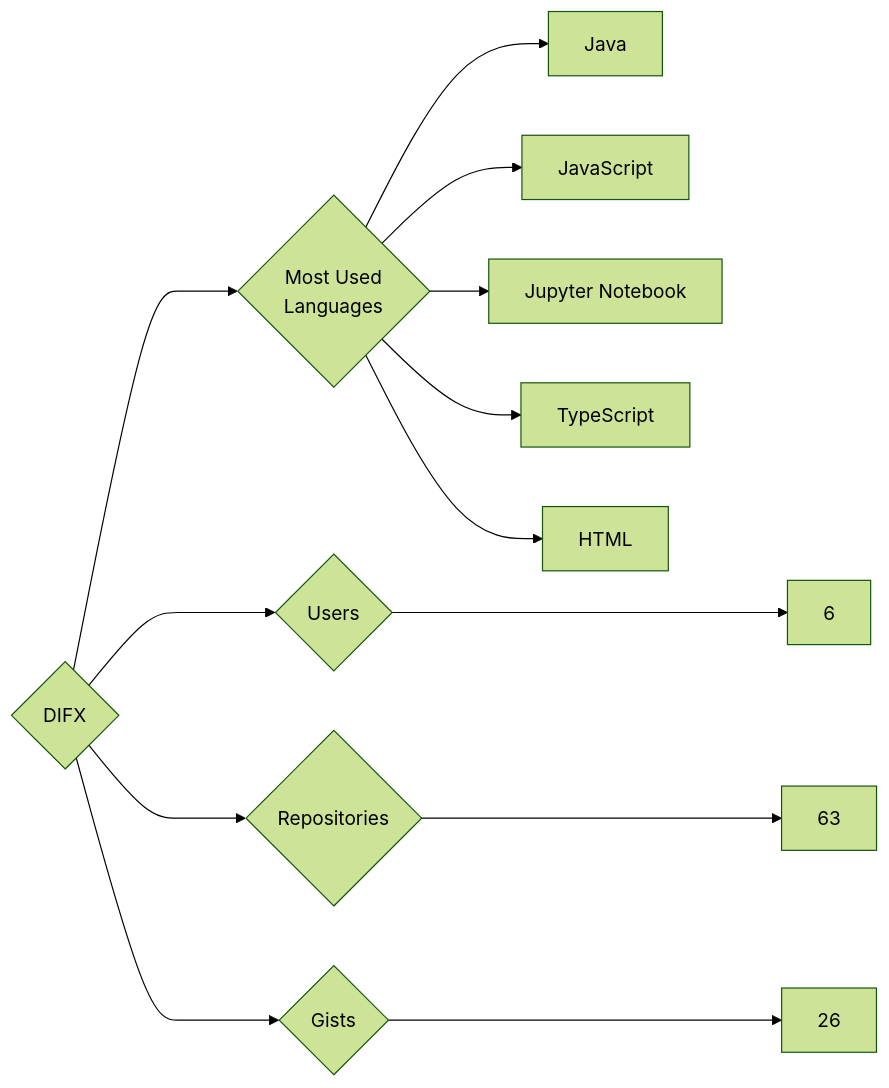
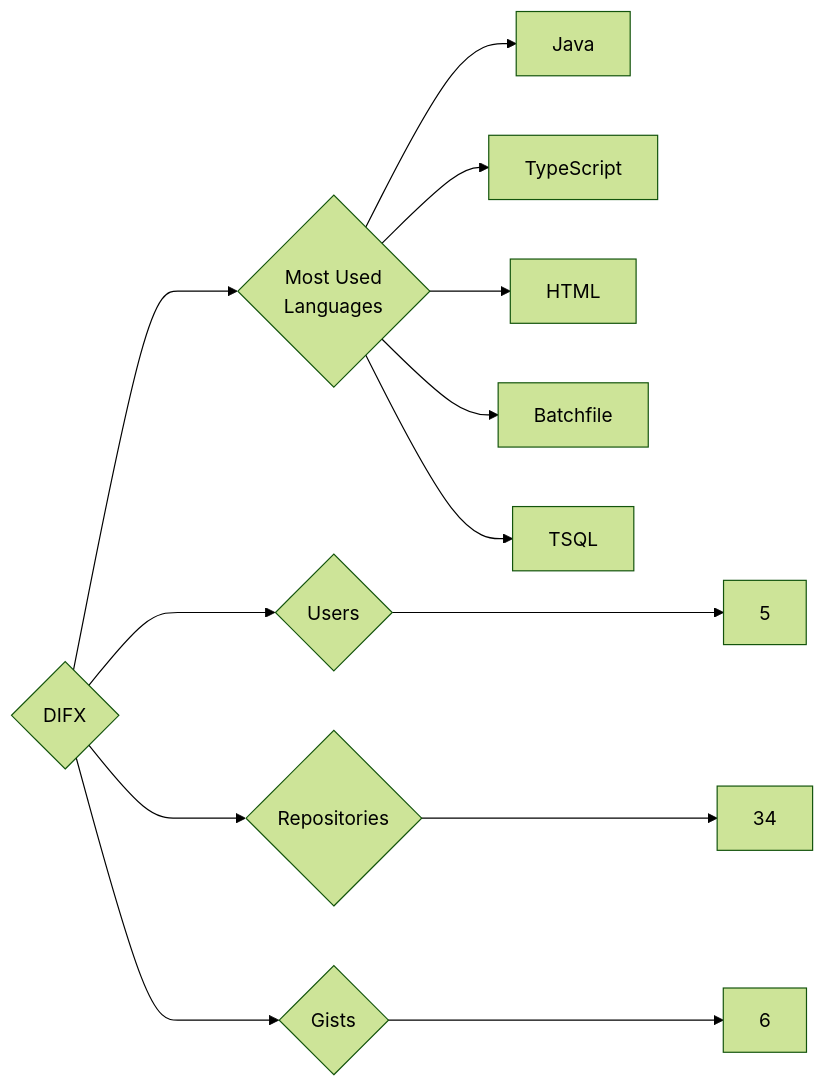
The diagram in targets/DIFX/README.md (trickest/insiders), drawn with Mermaid (forest theme) before and after one commit. The commit also changed 938 other files, not shown here.

````diff
--- a/targets/DIFX/README.md
+++ b/targets/DIFX/README.md
@@ -3,13 +3,13 @@
 ```mermaid
 graph LR
 COMPANY_NAME{DIFX}
-COMPANY_NAME ---> U{Users} ---> UN[6]
-COMPANY_NAME ---> R{Repositories} ---> RN[63]
-COMPANY_NAME ---> G{Gists} ---> GN[26]
+COMPANY_NAME ---> U{Users} ---> UN[5]
+COMPANY_NAME ---> R{Repositories} ---> RN[34]
+COMPANY_NAME ---> G{Gists} ---> GN[6]
 COMPANY_NAME ---> ML{Most Used<br>Languages}
 ML --> Java[Java]
-ML --> JavaScript[JavaScript]
-ML --> Jupyter_Notebook[Jupyter Notebook]
 ML --> TypeScript[TypeScript]
 ML --> HTML[HTML]
+ML --> Batchfile[Batchfile]
+ML --> TSQL[TSQL]
 ```
````
